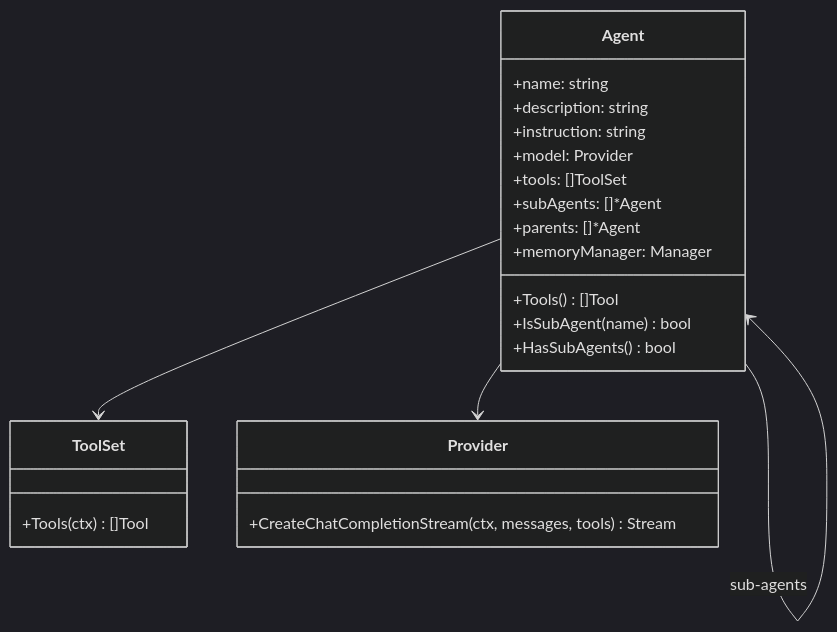
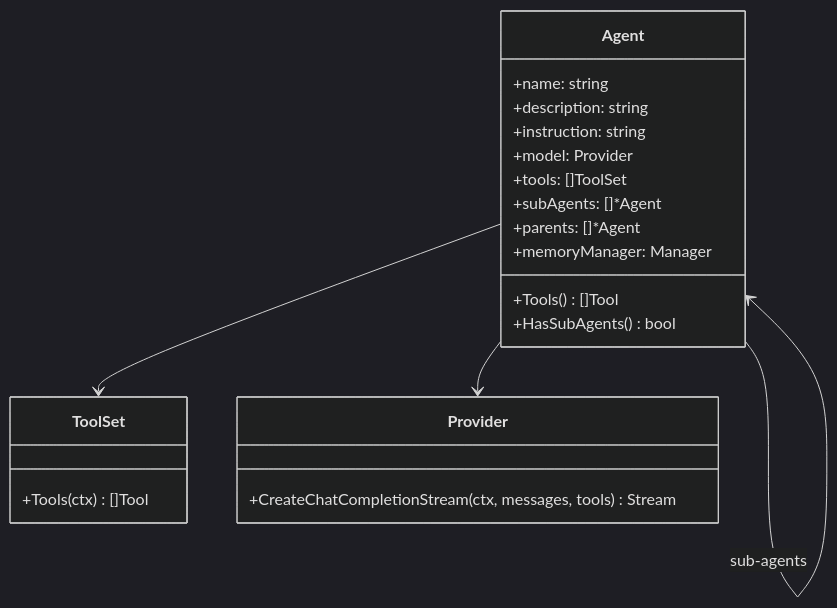
Before and after one commit to vvoland/cagent: the fourth of 10 diagrams in docs/architecture.md, drawn with Mermaid (dark theme). The commit also changed 1 other file, not shown here.

Commit message:
Remove unused functions

````diff
--- a/docs/architecture.md
+++ b/docs/architecture.md
@@ -200,29 +200,28 @@
 ```mermaid
 classDiagram
     class Agent {
         +name: string
         +description: string
         +instruction: string
         +model: Provider
         +tools: []ToolSet
         +subAgents: []*Agent
         +parents: []*Agent
         +memoryManager: Manager
 
         +Tools() []Tool
-        +IsSubAgent(name) bool
         +HasSubAgents() bool
     }
 
     class ToolSet {
         +Tools(ctx) []Tool
     }
 
     class Provider {
         +CreateChatCompletionStream(ctx, messages, tools) Stream
     }
 
     Agent --> ToolSet
     Agent --> Provider
     Agent --> Agent : sub-agents
 ```
````
